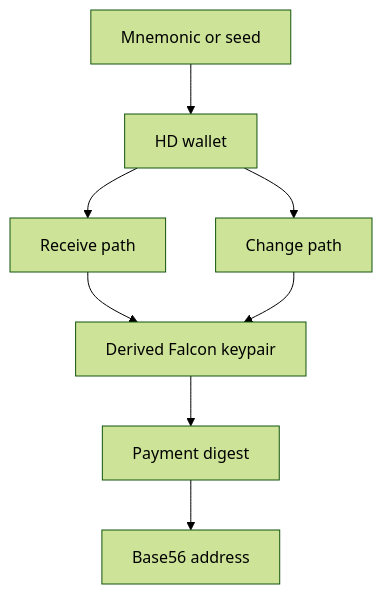
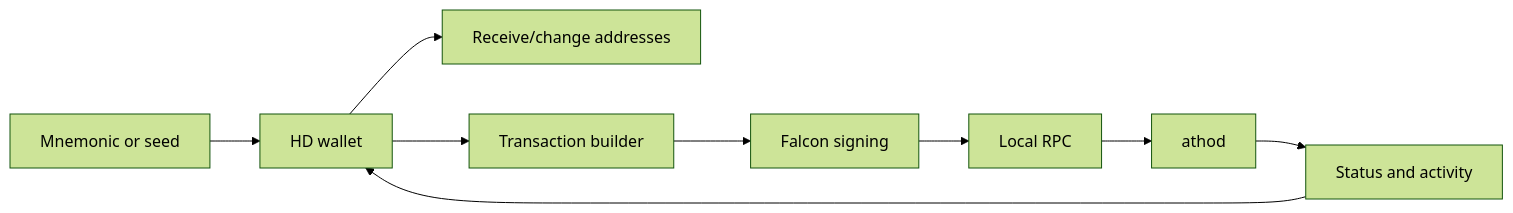
One commit to Atho-Labs/Atho-Testnet changed the ninth of 11 diagrams in docs/whitepaper/atho-whitepaper-apa.md. Above: the diagram before and after it, drawn with Mermaid (forest theme). The commit also changed other lines of this file and 29 other files, not shown here.

````diff
--- a/docs/whitepaper/atho-whitepaper-apa.md
+++ b/docs/whitepaper/atho-whitepaper-apa.md
@@ -80,10 +870,11 @@
 ```mermaid
-flowchart TD
-    A[Mnemonic or seed] --> B[HD wallet]
-    B --> C[Receive path]
-    B --> D[Change path]
-    C --> E[Derived Falcon keypair]
-    D --> E
-    E --> F[Payment digest]
-    F --> G[Base56 address]
+flowchart LR
+    Seed[Mnemonic or seed] --> Wallet[HD wallet]
+    Wallet --> Address[Receive/change addresses]
+    Wallet --> Builder[Transaction builder]
+    Builder --> Signer[Falcon signing]
+    Signer --> RPC[Local RPC]
+    RPC --> Node[athod]
+    Node --> Status[Status and activity]
+    Status --> Wallet
 ```
````
